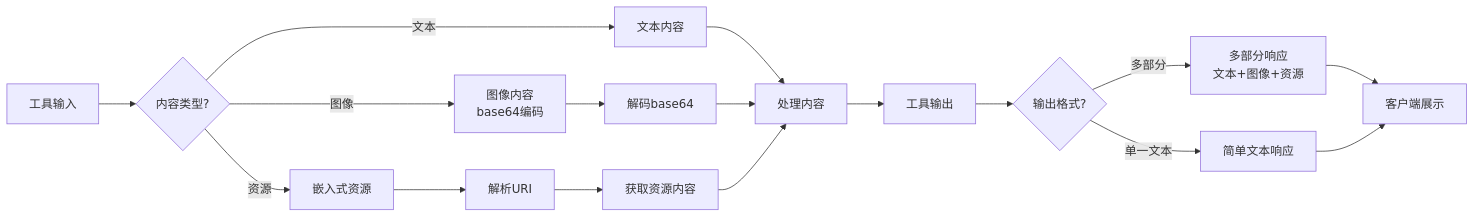
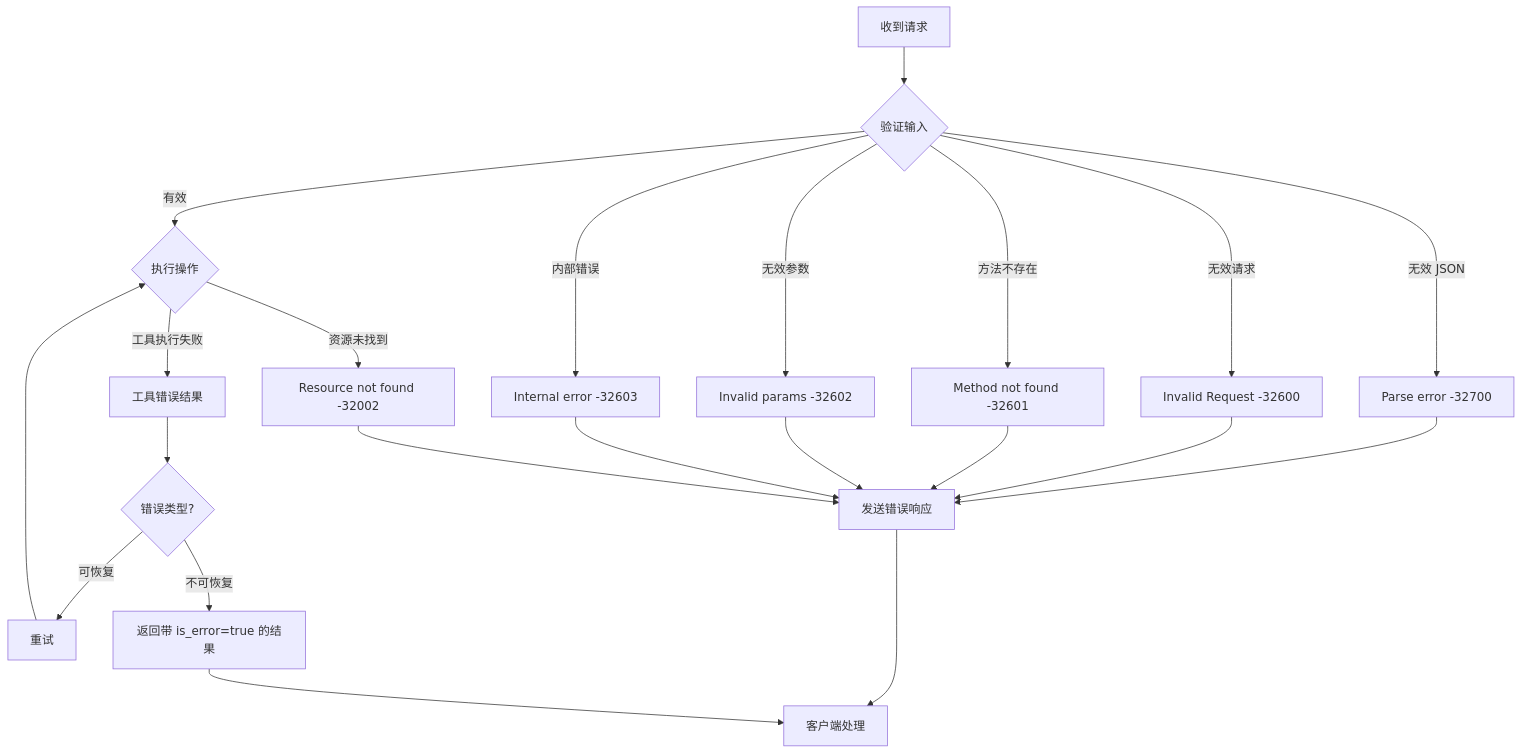
One commit to MiyakoMeow/neco changed the eighth of 12 diagrams in progress/external-mcp-interaction-flows.md. Above: the diagram before and after it, drawn with Mermaid. The commit also changed other lines of this file and 9 other files, not shown here.

````diff
--- a/progress/external-mcp-interaction-flows.md
+++ b/progress/external-mcp-interaction-flows.md
@@ -222,25 +245,30 @@
 ```mermaid
-flowchart LR
-    Input[工具输入] --> Type{内容类型?}
+flowchart TD
+    Request[收到请求] --> Validate{验证输入}
 
-    Type -->|文本| Text[文本内容]
-    Type -->|图像| Image[图像内容<br/>base64编码]
-    Type -->|资源| Resource[嵌入式资源]
+    Validate -->|无效 JSON| ParseError[Parse error -32700]
+    Validate -->|无效请求| InvalidReq[Invalid Request -32600]
+    Validate -->|方法不存在| MethodNotFound[Method not found -32601]
+    Validate -->|无效参数| InvalidParams[Invalid params -32602]
+    Validate -->|内部错误| InternalError[Internal error -32603]
 
-    Text --> Process[处理内容]
-    Image --> Decode[解码base64]
-    Decode --> Process
+    Validate -->|有效| Execute{执行操作}
 
-    Resource --> Resolve[解析URI]
-    Resolve --> Fetch[获取资源内容]
-    Fetch --> Process
+    Execute -->|资源未找到| NotFound[Resource not found -32002]
+    Execute -->|工具执行失败| ToolError[工具错误结果]
 
-    Process --> Output[工具输出]
-    Output --> Format{输出格式?}
+    ParseError --> SendErrorResponse[发送错误响应]
+    InvalidReq --> SendErrorResponse
+    MethodNotFound --> SendErrorResponse
+    InvalidParams --> SendErrorResponse
+    InternalError --> SendErrorResponse
+    NotFound --> SendErrorResponse
 
-    Format -->|单一文本| SimpleText[简单文本响应]
-    Format -->|多部分| Multipart[多部分响应<br/>文本+图像+资源]
+    ToolError --> CheckType{错误类型?}
+    CheckType -->|可恢复| Retry[重试]
+    CheckType -->|不可恢复| ReturnError[返回带 is_error=true 的结果]
 
-    Multipart --> Client[客户端展示]
-    SimpleText --> Client
+    Retry --> Execute
+    SendErrorResponse --> Client[客户端处理]
+    ReturnError --> Client
 ```
````
